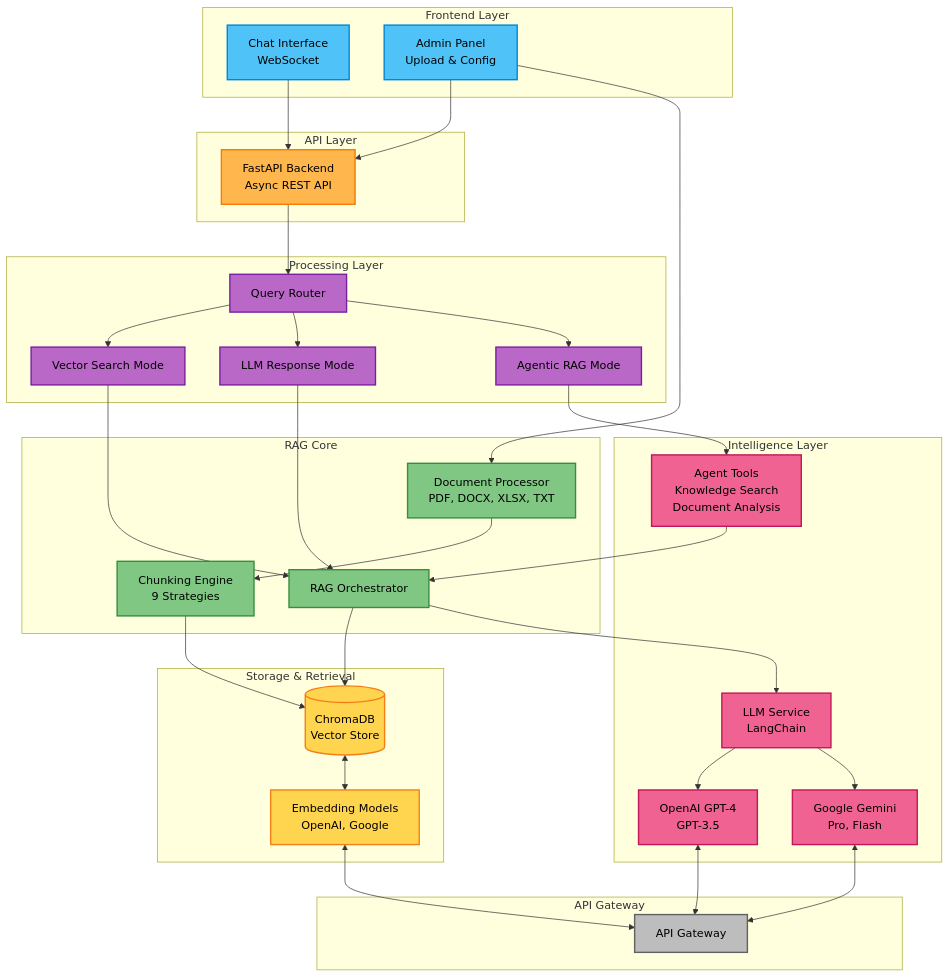
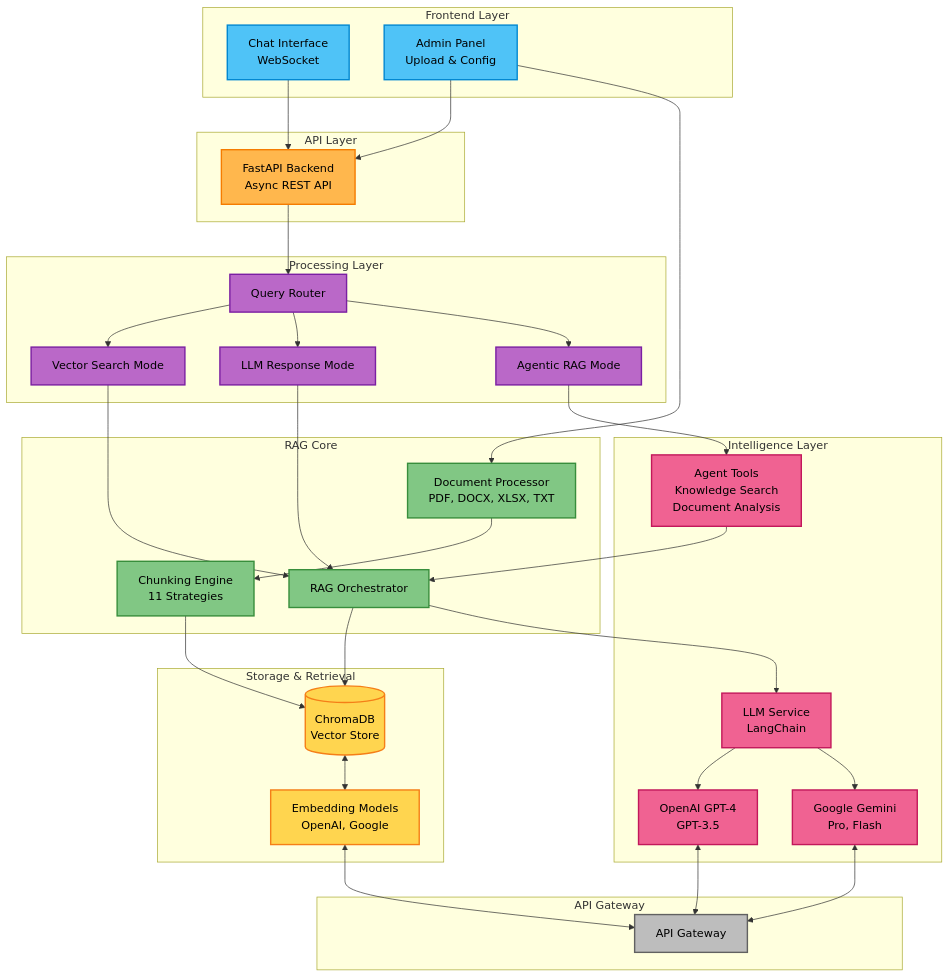
One commit to hmunjuluri05/custom-rag changed the first of 2 diagrams in README.md. Above: the diagram before and after it, drawn with Mermaid. The commit also changed other lines of this file and 1 other file, not shown here.

````diff
--- a/README.md
+++ b/README.md
@@ -215,76 +119,76 @@
 ```mermaid
 graph TB
     subgraph "Frontend Layer"
         A[Chat Interface<br/>WebSocket]
         B[Admin Panel<br/>Upload & Config]
     end
 
     subgraph "API Layer"
         C[FastAPI Backend<br/>Async REST API]
     end
 
     subgraph "Processing Layer"
         D[Query Router]
         E[Vector Search Mode]
         F[LLM Response Mode]
         G[Agentic RAG Mode]
     end
 
     subgraph "RAG Core"
         H[Document Processor<br/>PDF, DOCX, XLSX, TXT]
-        I[Chunking Engine<br/>9 Strategies]
+        I[Chunking Engine<br/>11 Strategies]
         J[RAG Orchestrator]
     end
 
     subgraph "Storage & Retrieval"
         K[(ChromaDB<br/>Vector Store)]
         L[Embedding Models<br/>OpenAI, Google]
     end
 
     subgraph "Intelligence Layer"
         M[LLM Service<br/>LangChain]
         N[OpenAI GPT-4<br/>GPT-3.5]
         O[Google Gemini<br/>Pro, Flash]
         P[Agent Tools<br/>Knowledge Search<br/>Document Analysis]
     end
 
     subgraph "API Gateway"
         Q[API Gateway]
     end
 
     A --> C
     B --> C
     C --> D
     D --> E & F & G
     E --> J
     F --> J
     G --> P
     P --> J
     B --> H
     H --> I
     I --> K
     J --> K
     J --> M
     K <--> L
     M --> N & O
     N & O <--> Q
     L <--> Q
 
     style A fill:#4FC3F7,stroke:#0288D1,stroke-width:2px,color:#000
     style B fill:#4FC3F7,stroke:#0288D1,stroke-width:2px,color:#000
     style C fill:#FFB74D,stroke:#F57C00,stroke-width:2px,color:#000
     style D fill:#BA68C8,stroke:#7B1FA2,stroke-width:2px,color:#000
     style E fill:#BA68C8,stroke:#7B1FA2,stroke-width:2px,color:#000
     style F fill:#BA68C8,stroke:#7B1FA2,stroke-width:2px,color:#000
     style G fill:#BA68C8,stroke:#7B1FA2,stroke-width:2px,color:#000
     style H fill:#81C784,stroke:#388E3C,stroke-width:2px,color:#000
     style I fill:#81C784,stroke:#388E3C,stroke-width:2px,color:#000
     style J fill:#81C784,stroke:#388E3C,stroke-width:2px,color:#000
     style K fill:#FFD54F,stroke:#F57F17,stroke-width:2px,color:#000
     style L fill:#FFD54F,stroke:#F57F17,stroke-width:2px,color:#000
     style M fill:#F06292,stroke:#C2185B,stroke-width:2px,color:#000
     style N fill:#F06292,stroke:#C2185B,stroke-width:2px,color:#000
     style O fill:#F06292,stroke:#C2185B,stroke-width:2px,color:#000
     style P fill:#F06292,stroke:#C2185B,stroke-width:2px,color:#000
     style Q fill:#BDBDBD,stroke:#616161,stroke-width:2px,color:#000
 ```
````
